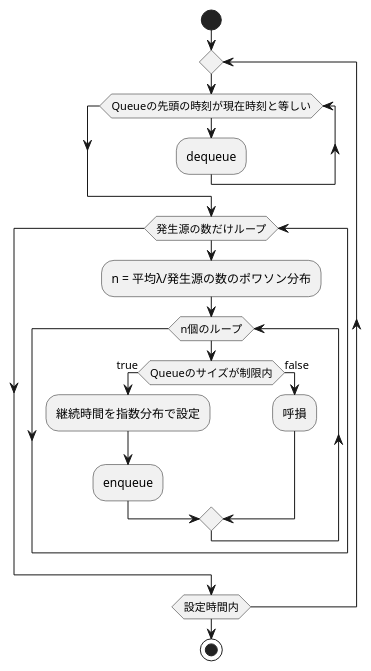
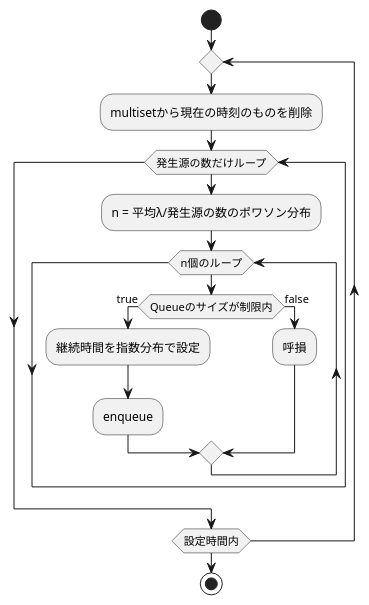
One commit to grncbg/ANSL-NetworkSimulator changed the diagram in README.md. Above: the diagram before and after it, drawn with PlantUML.

Commit message:
Change Algorithm
Change data structure Queue to multiset

````diff
--- a/README.md
+++ b/README.md
@@ -23,30 +23,28 @@
 ```plantuml
 @startuml
 start
 
 repeat
 
-    while (Queueの先頭の時刻が現在時刻と等しい)
-        :dequeue;
-    endwhile
+    :multisetから現在の時刻のものを削除;
 
     while (発生源の数だけループ)
 
         :n = 平均λ/発生源の数のポワソン分布;
         while(n個のループ)
             if (Queueのサイズが制限内) then (true)
                 :継続時間を指数分布で設定;
                 :enqueue;
             else (false)
                 :呼損;
             endif
         endwhile
 
     endwhile
 
 repeat while (設定時間内)
 
 stop
 
 @enduml
 ```
````
